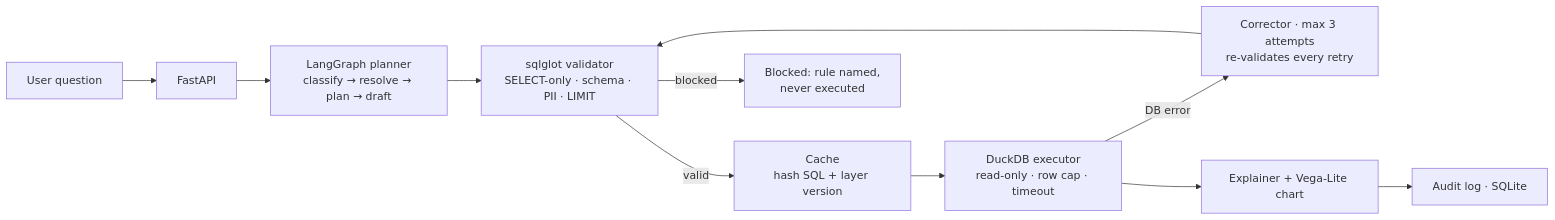
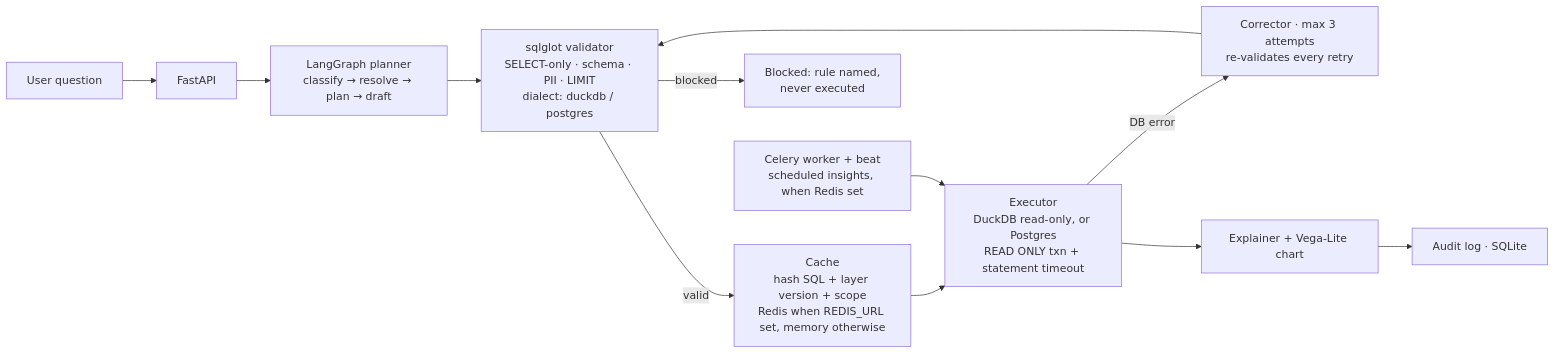
Before and after one commit to Gautam825406/querypilot: the diagram in README.md, drawn with Mermaid. The commit also changed other lines of this file and 26 other files, not shown here.

Commit message:
feat: full PRD — Postgres target, Redis cache, Celery scheduled insights, JWT auth, 50-case eval with ablation

````diff
--- a/README.md
+++ b/README.md
@@ -14,13 +14,14 @@
 ```mermaid
 flowchart LR
     U[User question] --> API[FastAPI]
     API --> G[LangGraph planner<br/>classify → resolve → plan → draft]
-    G --> V[sqlglot validator<br/>SELECT-only · schema · PII · LIMIT]
-    V -->|valid| C[Cache<br/>hash SQL + layer version]
-    C --> E[DuckDB executor<br/>read-only · row cap · timeout]
+    G --> V[sqlglot validator<br/>SELECT-only · schema · PII · LIMIT<br/>dialect: duckdb / postgres]
+    V -->|valid| C[Cache<br/>hash SQL + layer version + scope<br/>Redis when REDIS_URL set, memory otherwise]
+    C --> E[Executor<br/>DuckDB read-only, or Postgres<br/>READ ONLY txn + statement timeout]
     E -->|DB error| X[Corrector · max 3 attempts<br/>re-validates every retry]
     X --> V
     E --> R[Explainer + Vega-Lite chart]
     R --> A[Audit log · SQLite]
     V -->|blocked| B[Blocked: rule named,<br/>never executed]
+    W[Celery worker + beat<br/>scheduled insights, when Redis set] --> E
 ```
````
